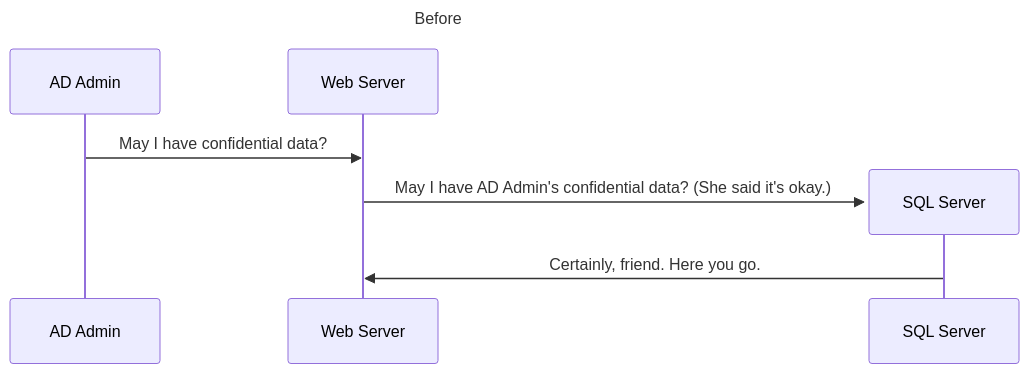
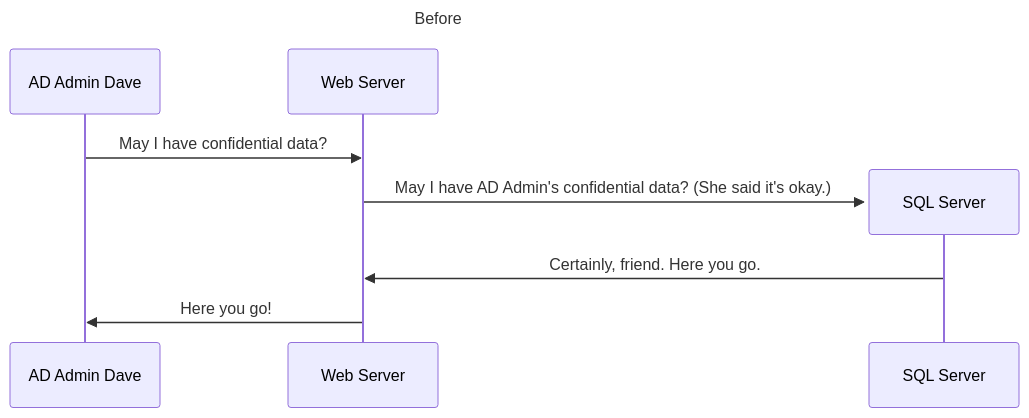
One commit to TrimarcJake/pug-snippets changed the first of 2 diagrams in diagrams/NoDelegation.md. Above: the diagram before and after it, drawn with Mermaid. The commit also changed other lines of this file, not shown here.

Commit message:
Dumb Dave joke.

````diff
--- a/diagrams/NoDelegation.md
+++ b/diagrams/NoDelegation.md
@@ -1,11 +1,11 @@
 ``` mermaid
 ---
 title: Before
 ---
 sequenceDiagram
-  AD Admin ->> Web Server: May I have confidential data?
+  AD Admin Dave ->> Web Server: May I have confidential data?
   create participant SQL Server
   Web Server ->> SQL Server: May I have AD Admin's confidential data? (She said it's okay.)
   SQL Server ->> Web Server: Certainly, friend. Here you go.
-
+  Web Server ->> AD Admin Dave: Here you go!
 ```
````
